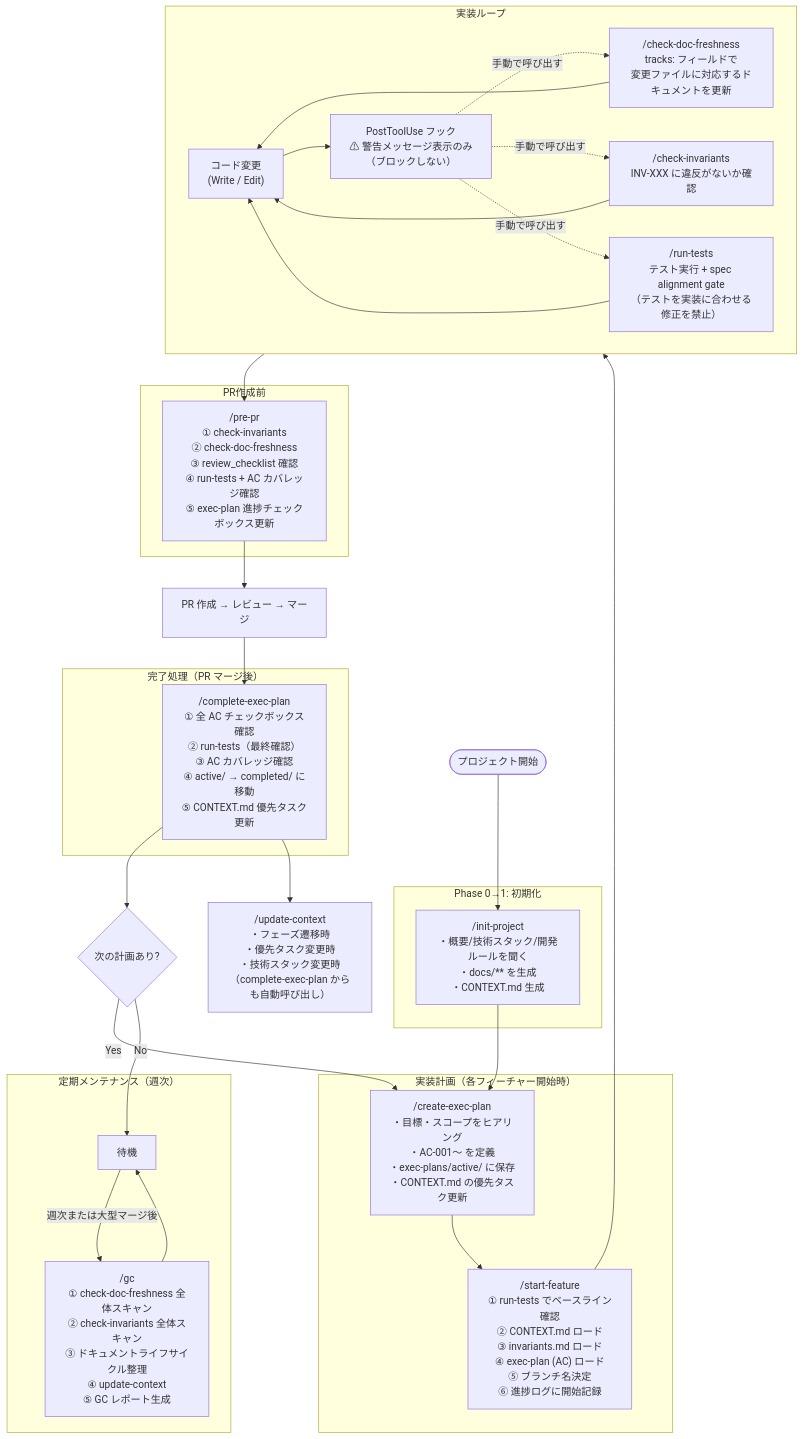
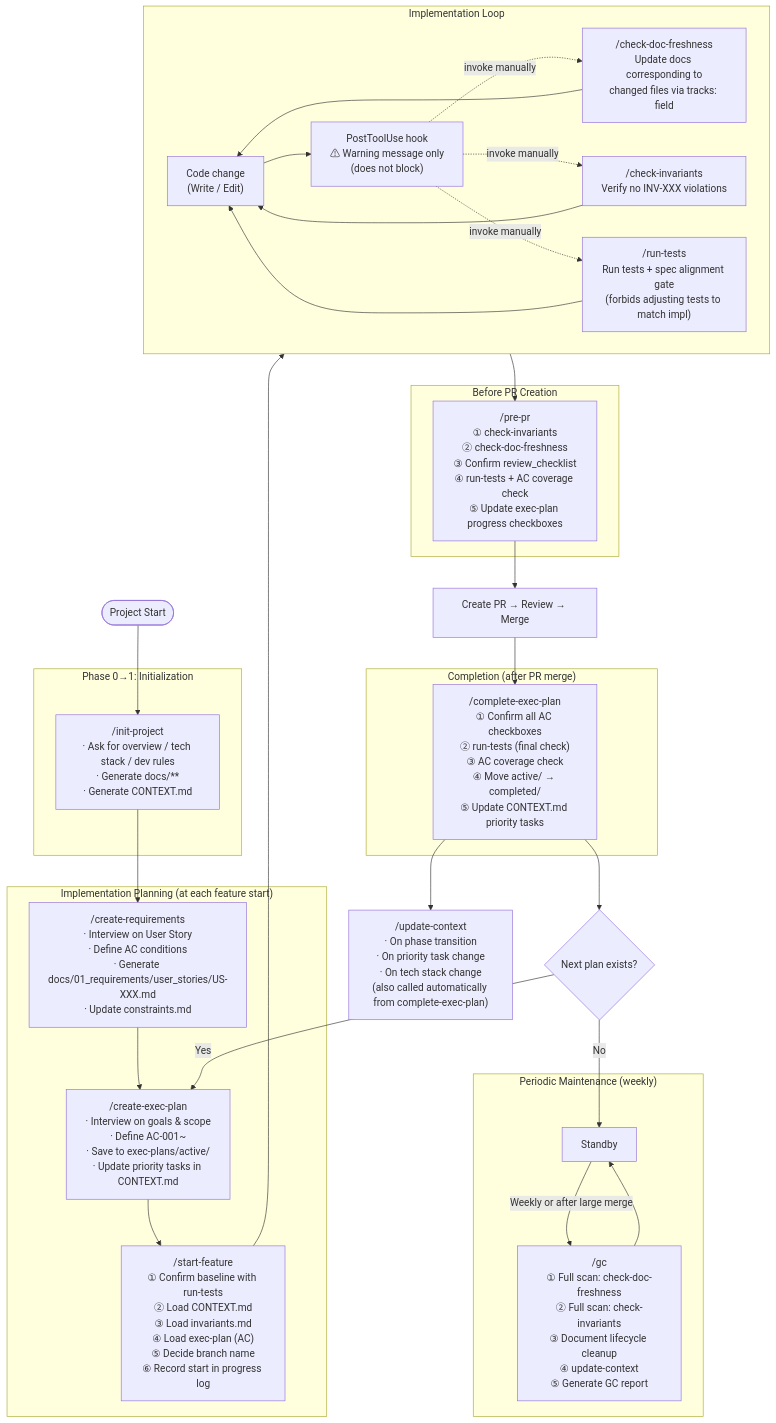
The first of 2 diagrams in SKILL_FLOW.md (aki-senri/DocDDTemplate), drawn with Mermaid before and after one commit. The commit also changed other lines of this file and 3 other files, not shown here.

First line of the commit message:
feat: /create-requirements スキルを追加し、図ルールを策定

````diff
--- a/SKILL_FLOW.md
+++ b/SKILL_FLOW.md
@@ -5,63 +5,65 @@
 ```mermaid
 flowchart TD
-    START([プロジェクト開始]) --> INIT
+    START([Project Start]) --> INIT
 
-    subgraph PHASE01["Phase 0→1: 初期化"]
-        INIT["/init-project\n・概要/技術スタック/開発ルールを聞く\n・docs/** を生成\n・CONTEXT.md 生成"]
+    subgraph PHASE01["Phase 0→1: Initialization"]
+        INIT["/init-project\n· Ask for overview / tech stack / dev rules\n· Generate docs/**\n· Generate CONTEXT.md"]
     end
 
-    INIT --> PLAN
+    INIT --> REQ
 
-    subgraph PLAN_PHASE["実装計画（各フィーチャー開始時）"]
-        PLAN["/create-exec-plan\n・目標・スコープをヒアリング\n・AC-001〜 を定義\n・exec-plans/active/ に保存\n・CONTEXT.md の優先タスク更新"]
+    subgraph PLAN_PHASE["Implementation Planning (at each feature start)"]
+        REQ["/create-requirements\n· Interview on User Story\n· Define AC conditions\n· Generate docs/01_requirements/user_stories/US-XXX.md\n· Update constraints.md"]
+        REQ --> PLAN
+        PLAN["/create-exec-plan\n· Interview on goals & scope\n· Define AC-001~\n· Save to exec-plans/active/\n· Update priority tasks in CONTEXT.md"]
         PLAN --> SF
-        SF["/start-feature\n① run-tests でベースライン確認\n② CONTEXT.md ロード\n③ invariants.md ロード\n④ exec-plan (AC) ロード\n⑤ ブランチ名決定\n⑥ 進捗ログに開始記録"]
+        SF["/start-feature\n① Confirm baseline with run-tests\n② Load CONTEXT.md\n③ Load invariants.md\n④ Load exec-plan (AC)\n⑤ Decide branch name\n⑥ Record start in progress log"]
     end
 
     SF --> IMPL
 
-    subgraph IMPL["実装ループ"]
-        CODE["コード変更\n(Write / Edit)"]
-        HOOK["PostToolUse フック\n⚠ 警告メッセージ表示のみ\n（ブロックしない）"]
-        CDF["/check-doc-freshness\ntracks: フィールドで\n変更ファイルに対応するドキュメントを更新"]
-        CI["/check-invariants\nINV-XXX に違反がないか確認"]
-        RT["/run-tests\nテスト実行 + spec alignment gate\n（テストを実装に合わせる修正を禁止）"]
+    subgraph IMPL["Implementation Loop"]
+        CODE["Code change\n(Write / Edit)"]
+        HOOK["PostToolUse hook\n⚠ Warning message only\n(does not block)"]
+        CDF["/check-doc-freshness\nUpdate docs corresponding to\nchanged files via tracks: field"]
+        CI["/check-invariants\nVerify no INV-XXX violations"]
+        RT["/run-tests\nRun tests + spec alignment gate\n(forbids adjusting tests to match impl)"]
 
         CODE --> HOOK
-        HOOK -.->|手動で呼び出す| CDF
-        HOOK -.->|手動で呼び出す| CI
-        HOOK -.->|手動で呼び出す| RT
+        HOOK -.->|invoke manually| CDF
+        HOOK -.->|invoke manually| CI
+        HOOK -.->|invoke manually| RT
         CDF --> CODE
         CI --> CODE
         RT --> CODE
     end
 
     IMPL --> PREPR
 
-    subgraph PREPR_PHASE["PR作成前"]
-        PREPR["/pre-pr\n① check-invariants\n② check-doc-freshness\n③ review_checklist 確認\n④ run-tests + AC カバレッジ確認\n⑤ exec-plan 進捗チェックボックス更新"]
+    subgraph PREPR_PHASE["Before PR Creation"]
+        PREPR["/pre-pr\n① check-invariants\n② check-doc-freshness\n③ Confirm review_checklist\n④ run-tests + AC coverage check\n⑤ Update exec-plan progress checkboxes"]
     end
 
     PREPR --> PR
-    PR["PR 作成 → レビュー → マージ"]
+    PR["Create PR → Review → Merge"]
     PR --> COMPLETE
 
-    subgraph COMPLETE_PHASE["完了処理（PR マージ後）"]
-        COMPLETE["/complete-exec-plan\n① 全 AC チェックボックス確認\n② run-tests（最終確認）\n③ AC カバレッジ確認\n④ active/ → completed/ に移動\n⑤ CONTEXT.md 優先タスク更新"]
+    subgraph COMPLETE_PHASE["Completion (after PR merge)"]
+        COMPLETE["/complete-exec-plan\n① Confirm all AC checkboxes\n② run-tests (final check)\n③ AC coverage check\n④ Move active/ → completed/\n⑤ Update CONTEXT.md priority tasks"]
     end
 
     COMPLETE --> NEXT
-    NEXT{次の計画あり?}
+    NEXT{Next plan exists?}
     NEXT -->|Yes| PLAN
     NEXT -->|No| GC_WAIT
 
-    subgraph GC_PHASE["定期メンテナンス（週次）"]
-        GC_WAIT["待機"]
-        GC["/gc\n① check-doc-freshness 全体スキャン\n② check-invariants 全体スキャン\n③ ドキュメントライフサイクル整理\n④ update-context\n⑤ GC レポート生成"]
-        GC_WAIT -->|週次または大型マージ後| GC
+    subgraph GC_PHASE["Periodic Maintenance (weekly)"]
+        GC_WAIT["Standby"]
+        GC["/gc\n① Full scan: check-doc-freshness\n② Full scan: check-invariants\n③ Document lifecycle cleanup\n④ update-context\n⑤ Generate GC report"]
+        GC_WAIT -->|Weekly or after large merge| GC
         GC --> GC_WAIT
     end
 
-    UC["/update-context\n・フェーズ遷移時\n・優先タスク変更時\n・技術スタック変更時\n（complete-exec-plan からも自動呼び出し）"]
+    UC["/update-context\n· On phase transition\n· On priority task change\n· On tech stack change\n(also called automatically from complete-exec-plan)"]
     COMPLETE --> UC
 ```
````
